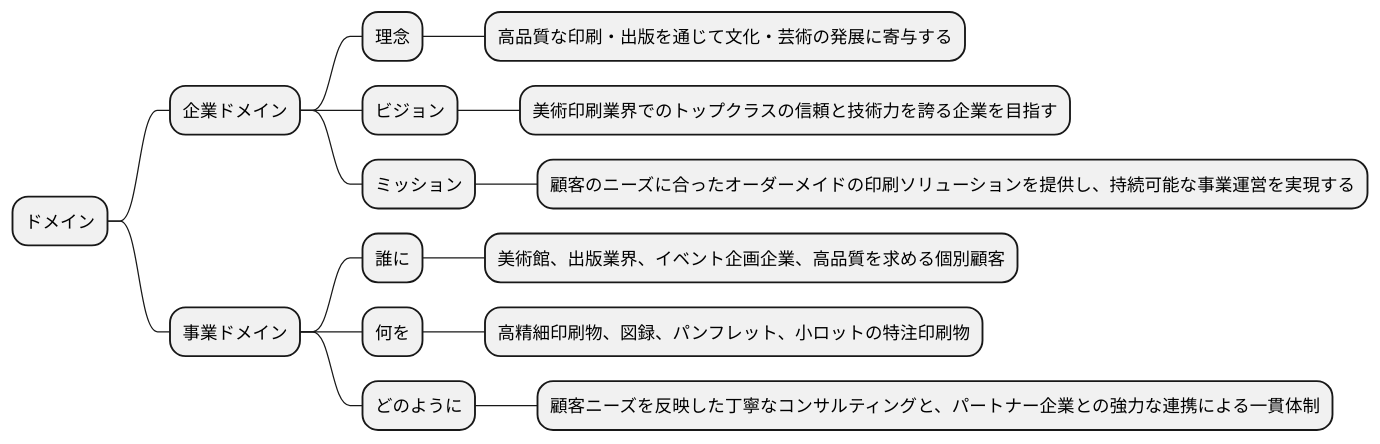
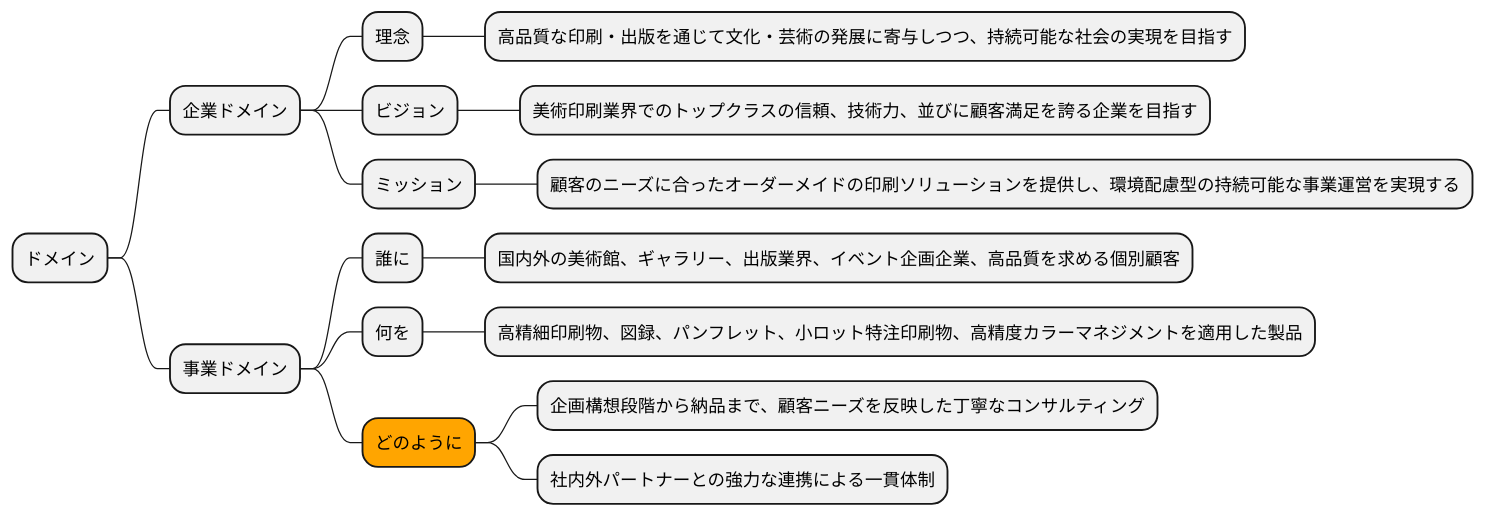
Before and after one commit to k2works/case-study-business-analysis: the fifth of 19 diagrams in docs/case/r03_case_1.adoc, drawn with PlantUML. The commit also changed other lines of this file, not shown here.

```diff
--- a/docs/case/r03_case_1.adoc
+++ b/docs/case/r03_case_1.adoc
@@ -176,22 +185,23 @@
 [plantuml]
 ----
 @startmindmap
 
 * ドメイン
 ** 企業ドメイン
 *** 理念
-**** 高品質な印刷・出版を通じて文化・芸術の発展に寄与する
+**** 高品質な印刷・出版を通じて文化・芸術の発展に寄与しつつ、持続可能な社会の実現を目指す
 *** ビジョン
-**** 美術印刷業界でのトップクラスの信頼と技術力を誇る企業を目指す
+**** 美術印刷業界でのトップクラスの信頼、技術力、並びに顧客満足を誇る企業を目指す
 *** ミッション
-**** 顧客のニーズに合ったオーダーメイドの印刷ソリューションを提供し、持続可能な事業運営を実現する
+**** 顧客のニーズに合ったオーダーメイドの印刷ソリューションを提供し、環境配慮型の持続可能な事業運営を実現する
 ** 事業ドメイン
 *** 誰に
-**** 美術館、出版業界、イベント企画企業、高品質を求める個別顧客
+**** 国内外の美術館、ギャラリー、出版業界、イベント企画企業、高品質を求める個別顧客
 *** 何を
-**** 高精細印刷物、図録、パンフレット、小ロットの特注印刷物
-*** どのように
-**** 顧客ニーズを反映した丁寧なコンサルティングと、パートナー企業との強力な連携による一貫体制
+**** 高精細印刷物、図録、パンフレット、小ロット特注印刷物、高精度カラーマネジメントを適用した製品
+***[#orange] どのように
+**** 企画構想段階から納品まで、顧客ニーズを反映した丁寧なコンサルティング
+**** 社内外パートナーとの強力な連携による一貫体制
 
 @endmindmap
 ----
```
